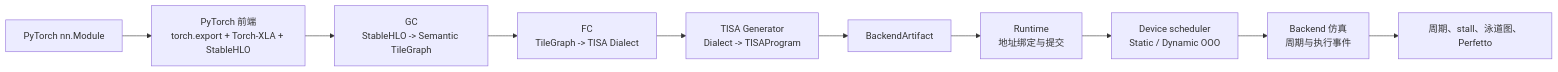
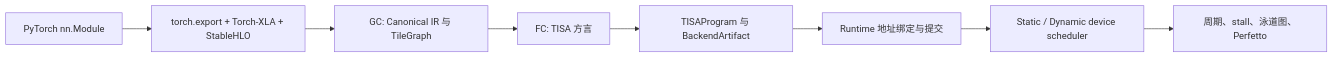
One commit to cxjiang-bk/npu-ooo-simulator changed the diagram in README.md. Above: the diagram before and after it, drawn with Mermaid. The commit also changed other lines of this file and 9 other files, not shown here.

````diff
--- a/README.md
+++ b/README.md
@@ -5,12 +5,10 @@
 ```mermaid
 flowchart LR
-    A[PyTorch nn.Module] --> B[PyTorch 前端\ntorch.export + Torch-XLA + StableHLO]
-    B --> C[GC\nStableHLO -> Semantic TileGraph]
-    C --> C2[FC\nTileGraph -> TISA Dialect]
-    C2 --> C3[TISA Generator\nDialect -> TISAProgram]
-    C3 --> D[BackendArtifact]
-    D --> E[Runtime\n地址绑定与提交]
-    E --> F[Device scheduler\nStatic / Dynamic OOO]
-    F --> G[Backend 仿真\n周期与执行事件]
+    A[PyTorch nn.Module] --> B[torch.export + Torch-XLA + StableHLO]
+    B --> C[GC: Canonical IR 与 TileGraph]
+    C --> D[FC: TISA 方言]
+    D --> E[TISAProgram 与 BackendArtifact]
+    E --> F[Runtime 地址绑定与提交]
+    F --> G[Static / Dynamic device scheduler]
     G --> H[周期、stall、泳道图、Perfetto]
 ```
````
